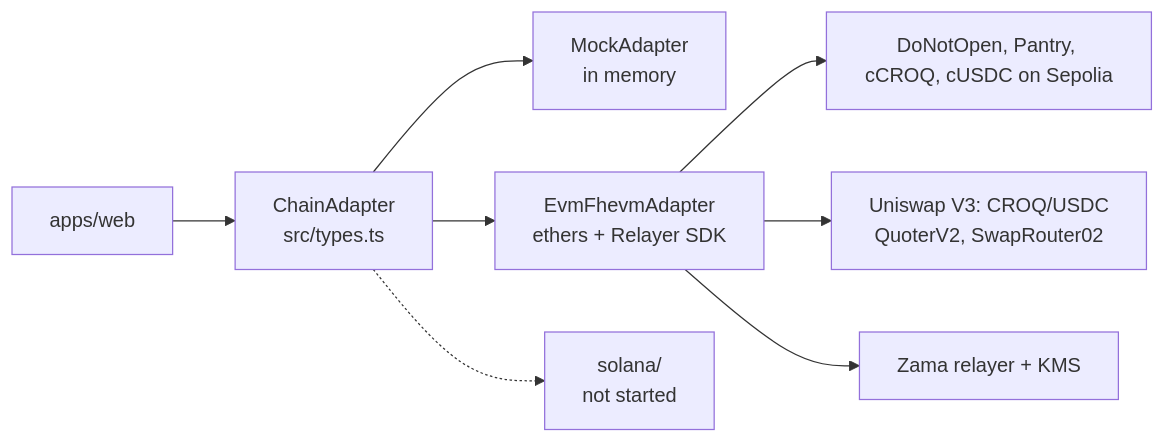
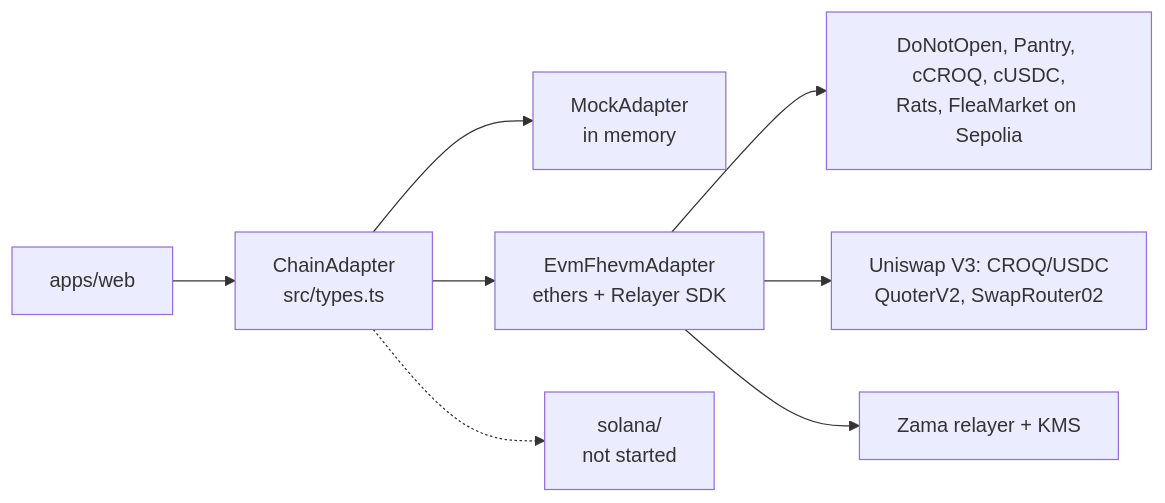
The first of 2 diagrams in packages/chain-adapter/README.md (jecombe/do_not_open), drawn with Mermaid before and after one commit. The commit also changed other lines of this file and 53 other files, not shown here.

Commit message:
Open the flea market, where players sell boxes, cats and rats in cUSDC at a public price or to a secret offer

````diff
--- a/packages/chain-adapter/README.md
+++ b/packages/chain-adapter/README.md
@@ -6,10 +6,10 @@
 ```mermaid
 flowchart LR
   web["apps/web"] --> iface["ChainAdapter<br/>src/types.ts"]
   iface --> mock["MockAdapter<br/>in memory"]
   iface --> evm["EvmFhevmAdapter<br/>ethers + Relayer SDK"]
   iface -.-> sol["solana/<br/>not started"]
-  evm --> contract["DoNotOpen, Pantry, cCROQ, cUSDC on Sepolia"]
+  evm --> contract["DoNotOpen, Pantry, cCROQ, cUSDC,<br/>Rats, FleaMarket on Sepolia"]
   evm --> market["Uniswap V3: CROQ/USDC<br/>QuoterV2, SwapRouter02"]
   evm --> relayer["Zama relayer + KMS"]
 ```
````
